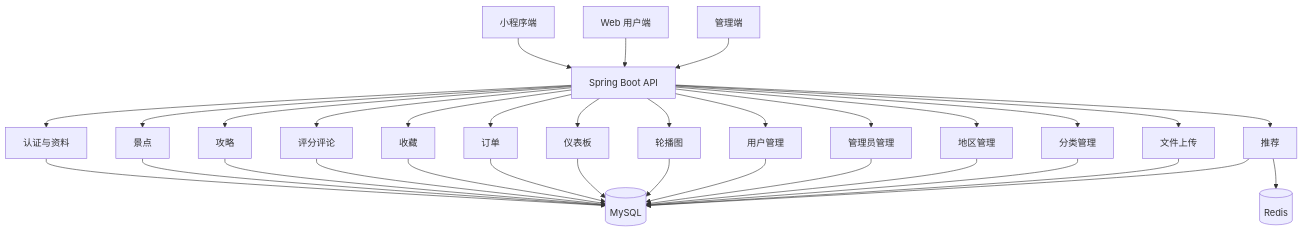
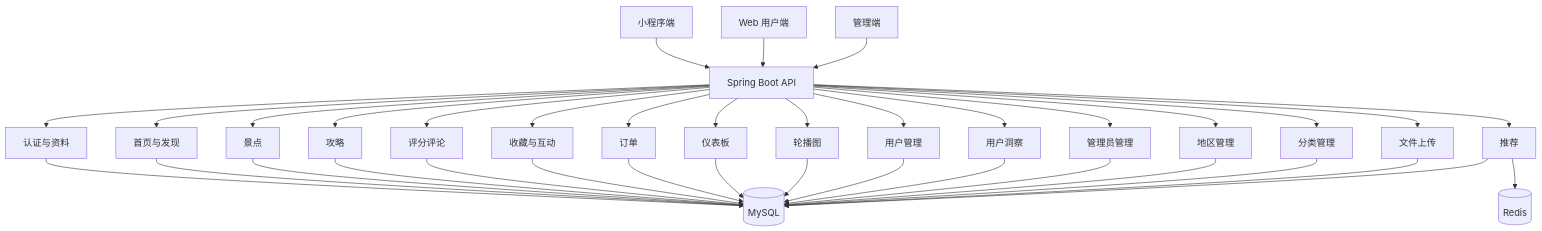
One commit to TheayX/WayTrip changed the first of 2 diagrams in .kiro/specs/travel-recommendation-system/design.md. Above: the diagram before and after it, drawn with Mermaid. The commit also changed other lines of this file and 5 other files, not shown here.

````diff
--- a/.kiro/specs/travel-recommendation-system/design.md
+++ b/.kiro/specs/travel-recommendation-system/design.md
@@ -33,61 +33,67 @@
 ```mermaid
 graph TB
     MP[小程序端]
     WEB[Web 用户端]
     ADMIN[管理端]
 
     API[Spring Boot API]
     AUTH[认证与资料]
+    HOME[首页与发现]
     SPOT[景点]
     GUIDE[攻略]
     REVIEW[评分评论]
-    FAV[收藏]
+    FAV[收藏与互动]
     ORDER[订单]
     REC[推荐]
     DASH[仪表板]
     BANNER[轮播图]
     USER[用户管理]
+    INSIGHT[用户洞察]
     ADMINMGR[管理员管理]
     REGION[地区管理]
     CATEGORY[分类管理]
     UPLOAD[文件上传]
 
     MYSQL[(MySQL)]
     REDIS[(Redis)]
 
     MP --> API
     WEB --> API
     ADMIN --> API
 
     API --> AUTH
+    API --> HOME
     API --> SPOT
     API --> GUIDE
     API --> REVIEW
     API --> FAV
     API --> ORDER
     API --> REC
     API --> DASH
     API --> BANNER
     API --> USER
+    API --> INSIGHT
     API --> ADMINMGR
     API --> REGION
     API --> CATEGORY
     API --> UPLOAD
 
     AUTH --> MYSQL
+    HOME --> MYSQL
     SPOT --> MYSQL
     GUIDE --> MYSQL
     REVIEW --> MYSQL
     FAV --> MYSQL
     ORDER --> MYSQL
     DASH --> MYSQL
     BANNER --> MYSQL
     USER --> MYSQL
+    INSIGHT --> MYSQL
     ADMINMGR --> MYSQL
     REGION --> MYSQL
     CATEGORY --> MYSQL
     UPLOAD --> MYSQL
 
     REC --> MYSQL
     REC --> REDIS
 ```
````
